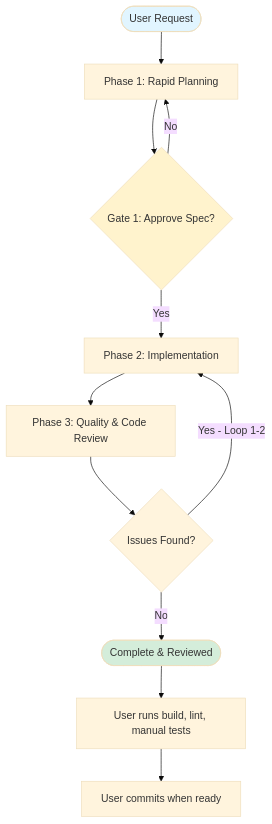
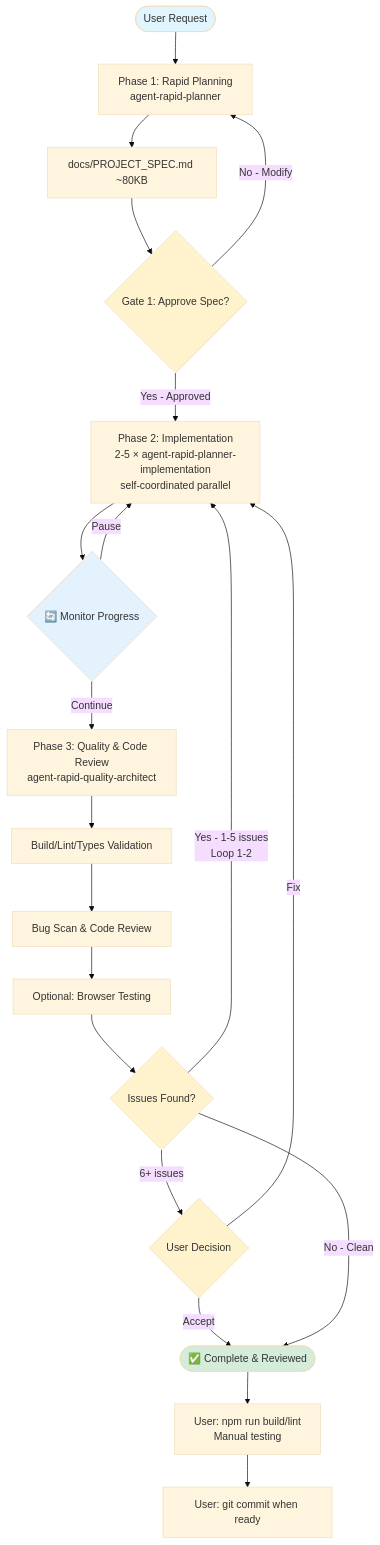
The first of 6 diagrams in octocode-claude-plugin/docs/FLOW.md (bgauryy/octocode-mcp), drawn with Mermaid (base theme) before and after one commit. The commit also changed other lines of this file and 74 other files, not shown here.

````diff
--- a/octocode-claude-plugin/docs/FLOW.md
+++ b/octocode-claude-plugin/docs/FLOW.md
@@ -37,17 +37,29 @@
 ```mermaid
 flowchart TD
-    Start([User Request]) --> P1[Phase 1: Rapid Planning]
-    P1 --> G1{Gate 1: Approve Spec?}
-    G1 -->|No| P1
-    G1 -->|Yes| P2[Phase 2: Implementation]
-    P2 --> P3[Phase 3: Quality & Code Review]
-    P3 --> Issues{Issues Found?}
-    Issues -->|Yes - Loop 1-2| P2
-    Issues -->|No| End([Complete & Reviewed])
-    End --> Manual[User runs build, lint, manual tests]
-    Manual --> Commit[User commits when ready]
+    Start([User Request]) --> P1[Phase 1: Rapid Planning<br/>agent-rapid-planner]
+    P1 --> Output1[docs/PROJECT_SPEC.md ~80KB]
+    Output1 --> G1{Gate 1: Approve Spec?}
+    G1 -->|No - Modify| P1
+    G1 -->|Yes - Approved| P2[Phase 2: Implementation<br/>2-5 × agent-rapid-planner-implementation<br/>self-coordinated parallel]
+    P2 --> Monitor{🔄 Monitor Progress}
+    Monitor -->|Pause| P2
+    Monitor -->|Continue| P3[Phase 3: Quality & Code Review<br/>agent-rapid-quality-architect]
+    P3 --> BuildCheck[Build/Lint/Types Validation]
+    BuildCheck --> CodeReview[Bug Scan & Code Review]
+    CodeReview --> Browser[Optional: Browser Testing]
+    Browser --> Issues{Issues Found?}
+    Issues -->|Yes - 1-5 issues<br/>Loop 1-2| P2
+    Issues -->|6+ issues| UserDecision{User Decision}
+    UserDecision -->|Fix| P2
+    UserDecision -->|Accept| End
+    Issues -->|No - Clean| End([✅ Complete & Reviewed])
+    End --> Manual[User: npm run build/lint<br/>Manual testing]
+    Manual --> Commit[User: git commit when ready]
 
     style Start fill:#e1f5ff
     style End fill:#d4edda
     style G1 fill:#fff3cd
+    style Monitor fill:#e3f2fd
+    style Issues fill:#fff3cd
+    style UserDecision fill:#fff3cd
 ```
````
